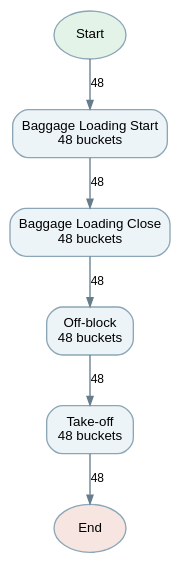
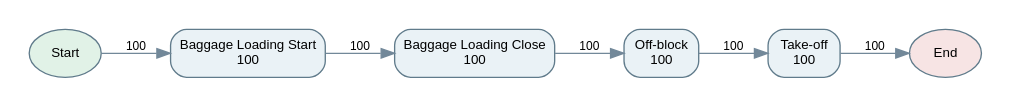
The diagram in datasets/synthetic/airlineflow/gold/Q42/dfg.dot (jiwonpark7913/NL2EVENTLOG), drawn with Graphviz before and after one commit. The commit also changed 401 other files, not shown here.

```diff
--- a/datasets/synthetic/airlineflow/gold/Q42/dfg.dot
+++ b/datasets/synthetic/airlineflow/gold/Q42/dfg.dot
@@ -1,16 +1,13 @@
-digraph D {
-graph [rankdir=TB, bgcolor="transparent", pad=0.25, nodesep=0.35, ranksep=0.38];
-node [shape=box,style="rounded,filled",color="#8ba6b6",fillcolor="#edf4f7",fontname="Arial",fontsize=10];
-edge [color="#667d8b",fontname="Arial",fontsize=9,arrowsize=.65];
-start [shape=ellipse,label="Start",fillcolor="#e3f3e8"];
-end [shape=ellipse,label="End",fillcolor="#f7e5e1"];
-n0 [label="Baggage Loading Start\n48 buckets"];
-n1 [label="Baggage Loading Close\n48 buckets"];
-n2 [label="Off-block\n48 buckets"];
-n3 [label="Take-off\n48 buckets"];
-start -> n0 [label="48"];
-n1 -> n2 [label="48"];
-n0 -> n1 [label="48"];
-n2 -> n3 [label="48"];
-n3 -> end [label="48"];
+digraph G {
+rankdir=LR; graph [bgcolor="white",pad=0.2,nodesep=0.3,ranksep=0.5]; node [shape=box,style="rounded,filled",fillcolor="#eaf2f6",color="#607b8b",fontname="Arial",fontsize=10]; edge [color="#728899",fontname="Arial",fontsize=9];
+start [label="Start",shape=oval,fillcolor="#e1f2e7"]; end [label="End",shape=oval,fillcolor="#f7e4e4"];
+n0 [label="Baggage Loading Close\n100"];
+n1 [label="Baggage Loading Start\n100"];
+n2 [label="Off-block\n100"];
+n3 [label="Take-off\n100"];
+n0 -> n2 [label="100"];
+n1 -> n0 [label="100"];
+n2 -> n3 [label="100"];
+start -> n1 [label="100"];
+n3 -> end [label="100"];
 }
```
